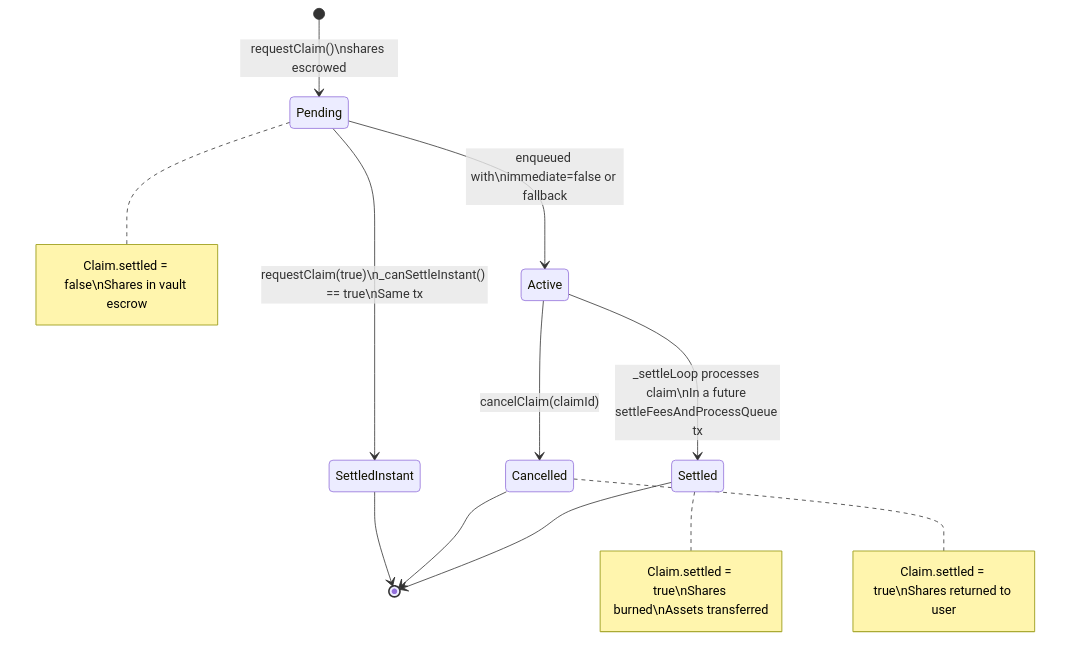
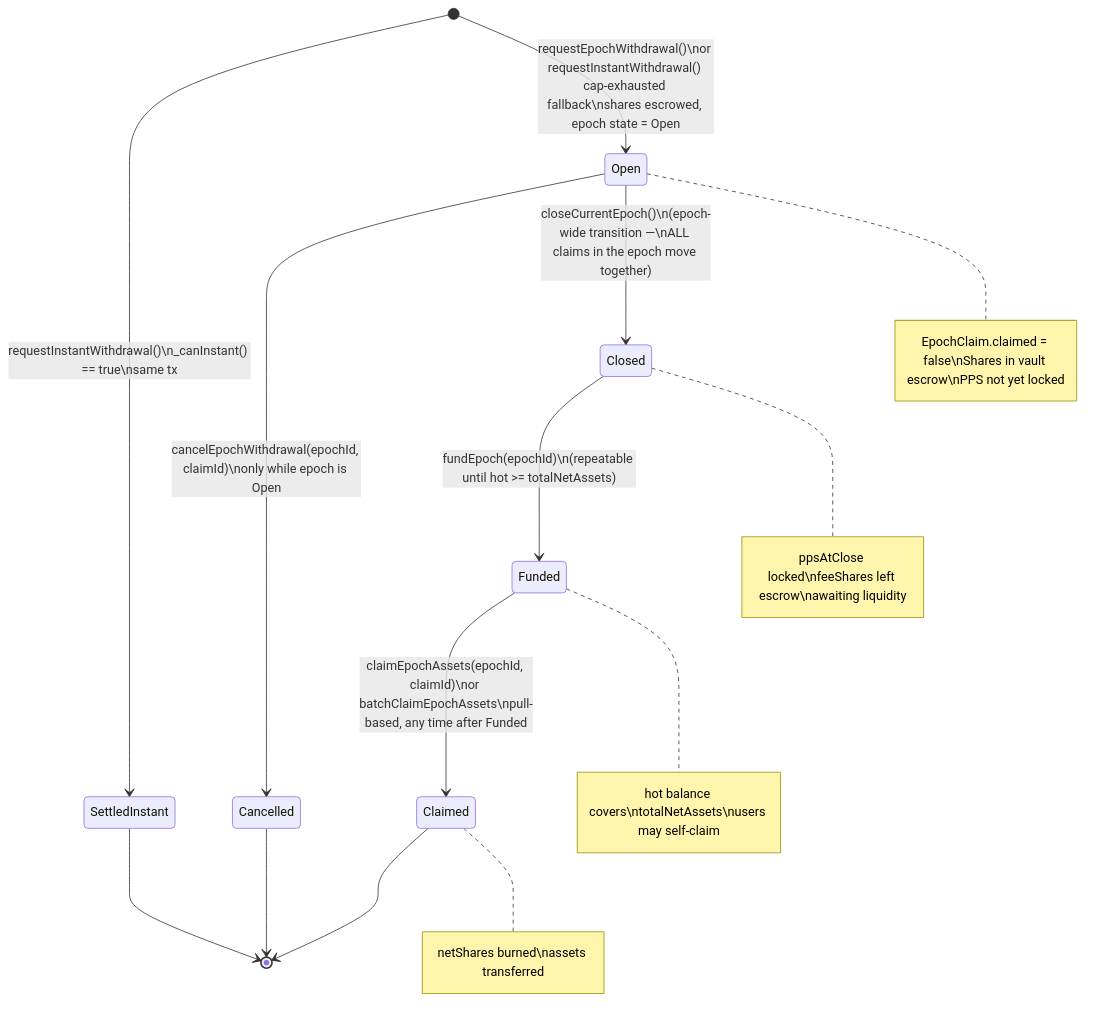
Before and after one commit to Multyr/multyr-core: the first of 2 diagrams in docs/queue-mechanics.md, drawn with Mermaid. The commit also changed other lines of this file and 11 other files, not shown here.

````diff
--- a/docs/queue-mechanics.md
+++ b/docs/queue-mechanics.md
@@ -101,18 +136,21 @@
 ```mermaid
 stateDiagram-v2
-    [*] --> Pending: requestClaim()\nshares escrowed
+    [*] --> SettledInstant: requestInstantWithdrawal()\n_canInstant() == true\nsame tx
+    [*] --> Open: requestEpochWithdrawal()\nor requestInstantWithdrawal() cap-exhausted fallback\nshares escrowed, epoch state = Open
 
-    Pending --> SettledInstant: requestClaim(true)\n_canSettleInstant() == true\nSame tx
-    Pending --> Active: enqueued with\nimmediate=false or fallback
+    Open --> Cancelled: cancelEpochWithdrawal(epochId, claimId)\nonly while epoch is Open
 
-    Active --> Cancelled: cancelClaim(claimId)
-    Active --> Settled: _settleLoop processes claim\nIn a future settleFeesAndProcessQueue tx
+    Open --> Closed: closeCurrentEpoch()\n(epoch-wide transition —\nALL claims in the epoch move together)
+    Closed --> Funded: fundEpoch(epochId)\n(repeatable until hot >= totalNetAssets)
+
+    Funded --> Claimed: claimEpochAssets(epochId, claimId)\nor batchClaimEpochAssets\npull-based, any time after Funded
 
     SettledInstant --> [*]
     Cancelled --> [*]
-    Settled --> [*]
+    Claimed --> [*]
 
-    note right of Pending: Claim.settled = false\nShares in vault escrow
-    note right of Settled: Claim.settled = true\nShares burned\nAssets transferred
-    note right of Cancelled: Claim.settled = true\nShares returned to user
+    note right of Open: EpochClaim.claimed = false\nShares in vault escrow\nPPS not yet locked
+    note right of Closed: ppsAtClose locked\nfeeShares left escrow\nawaiting liquidity
+    note right of Funded: hot balance covers\ntotalNetAssets\nusers may self-claim
+    note right of Claimed: netShares burned\nassets transferred
 ```
````
